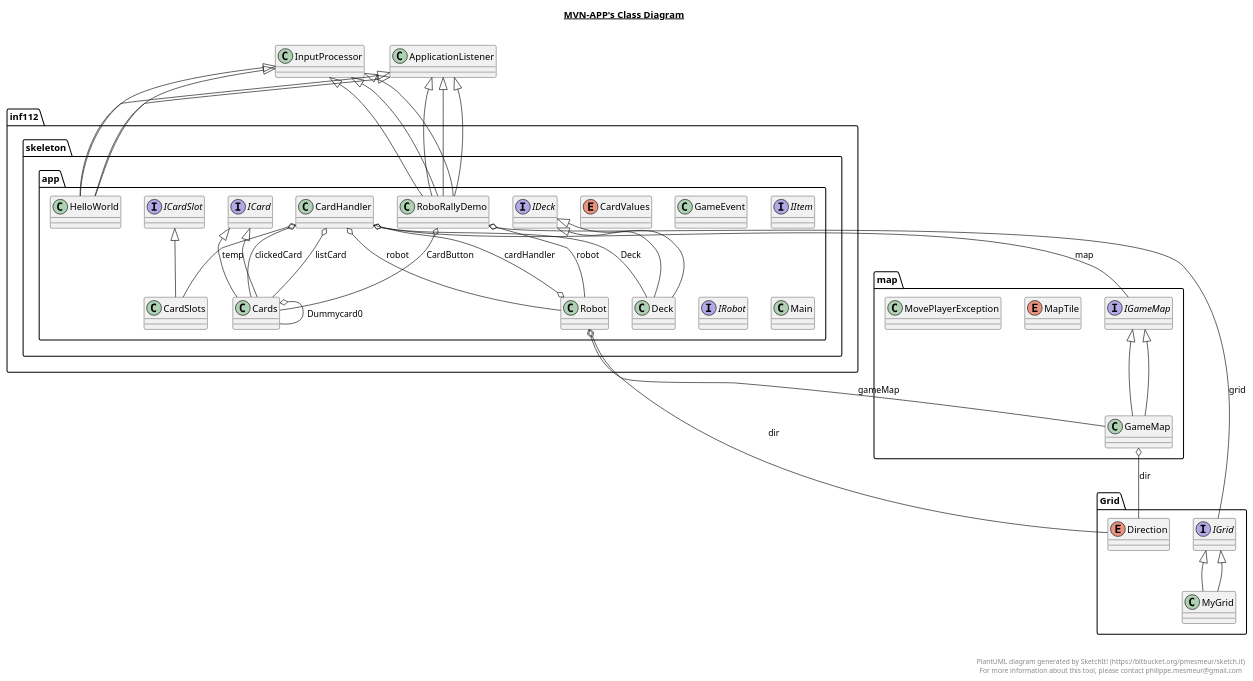
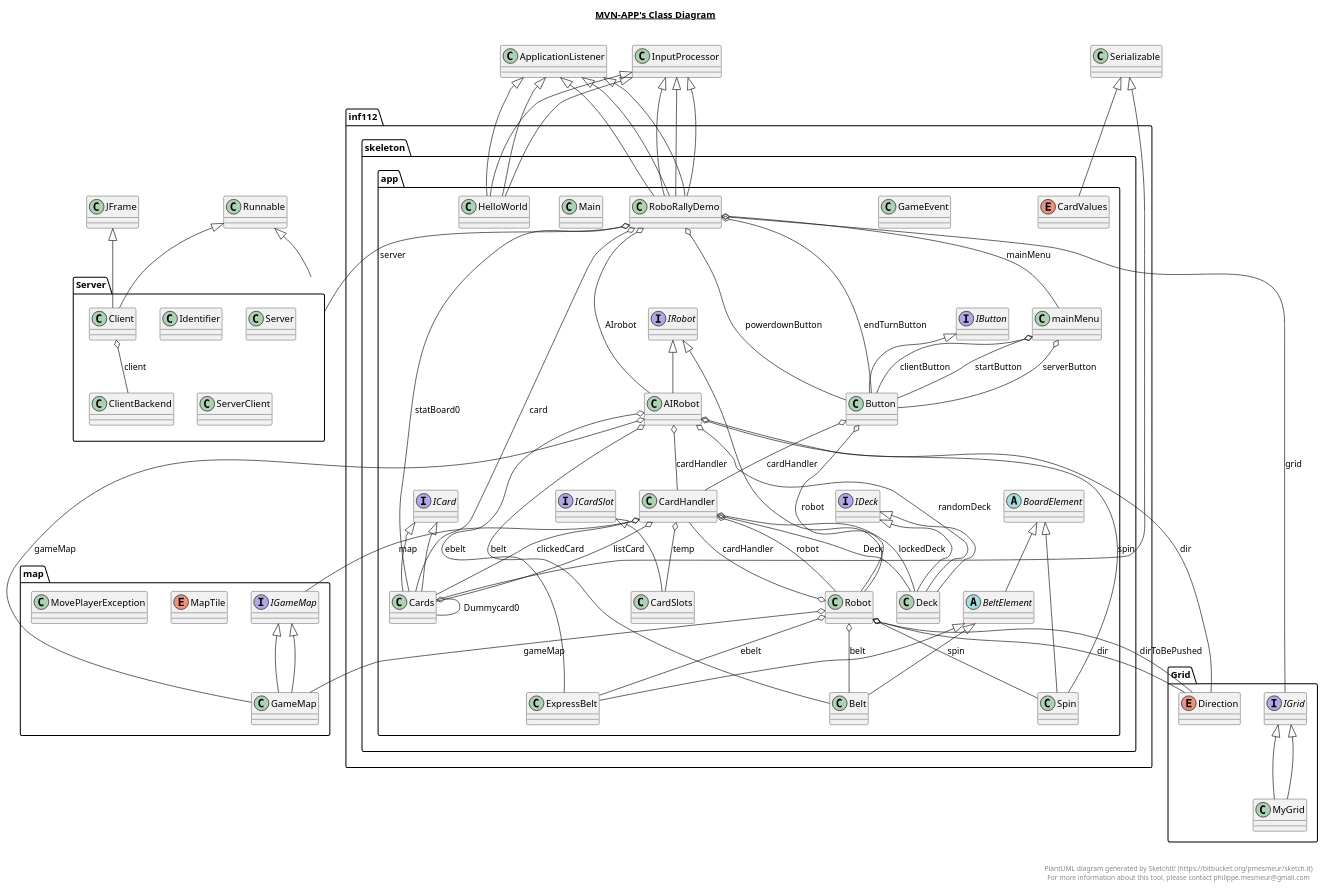
One commit to inf112-v19/Thebadguys changed the diagram in Thebadguys.plantuml. Above: the diagram before and after it, drawn with PlantUML. The commit also changed 24 other files, not shown here.

```diff
--- a/Thebadguys.plantuml
+++ b/Thebadguys.plantuml
@@ -1,6 +1,36 @@
 @startuml
 
 title __MVN-APP's Class Diagram__\n
+
+  package inf112.skeleton.app {
+    class AIRobot {
+    }
+  }
+  
+
+  package inf112.skeleton.app {
+    class Belt {
+    }
+  }
+  
+
+  package inf112.skeleton.app {
+    abstract class BeltElement {
+    }
+  }
+  
+
+  package inf112.skeleton.app {
+    abstract class BoardElement {
+    }
+  }
+  
+
+  package inf112.skeleton.app {
+    class Button {
+    }
+  }
+  
 
   package inf112.skeleton.app {
     class CardHandler {
@@ -44,6 +74,18 @@
   }
   
 
+  package Server {
+    class Client {
+    }
+  }
+  
+
+  package Server {
+    class ClientBackend {
+    }
+  }
+  
+
   package inf112.skeleton.app {
     class Deck {
     }
@@ -64,6 +106,12 @@
 
   package Grid {
     enum Direction {
+    }
+  }
+  
+
+  package inf112.skeleton.app {
+    class ExpressBelt {
     }
   }
   
@@ -94,6 +142,12 @@
 
   package inf112.skeleton.app {
     class HelloWorld {
+    }
+  }
+  
+
+  package inf112.skeleton.app {
+    interface IButton {
     }
   }
   
@@ -153,7 +207,7 @@
   
 
   package inf112.skeleton.app {
-    interface IItem {
+    interface IRobot {
     }
   }
   
@@ -164,8 +218,8 @@
   }
   
 
-  package inf112.skeleton.app {
-    interface IRobot {
+  package Server {
+    class Identifier {
     }
   }
   
@@ -260,21 +314,64 @@
   }
   
 
+  package Server {
+    class Server {
+    }
+  }
+  
+
+  package Server {
+    class ServerClient {
+    }
+  }
+  
+
+  package inf112.skeleton.app {
+    class Spin {
+    }
+  }
+  
+
+  package inf112.skeleton.app {
+    class mainMenu {
+    }
+  }
+  
+
+  AIRobot -up-|> IRobot
+  AIRobot o-- CardHandler : cardHandler
+  AIRobot o-- Direction : dir
+  AIRobot o-- GameMap : gameMap
+  AIRobot o-- Deck : randomDeck
+  AIRobot o-- ExpressBelt : ebelt
+  AIRobot o-- Belt : belt
+  AIRobot o-- Spin : spin
+  Belt -up-|> BeltElement
+  BeltElement -up-|> BoardElement
+  Button -up-|> IButton
+  Button o-- CardHandler : cardHandler
+  Button o-- Robot : robot
   CardHandler o-- Deck : Deck
+  CardHandler o-- Deck : lockedDeck
   CardHandler o-- Cards : clickedCard
   CardHandler o-- Cards : listCard
   CardHandler o-- CardSlots : temp
   CardHandler o-- Robot : robot
   CardHandler o-- IGameMap : map
   CardSlots -up-|> ICardSlot
-  Cards -up-|> ICard
+  CardValues -up-|> Serializable
   Cards -up-|> ICard
   Cards o-- Cards : Dummycard0
+  Cards -up-|> ICard
+  Cards -up-|> Serializable
+  Client -up-|> Runnable
+  Client -up-|> JFrame
+  Client o-- ClientBackend : client
   Deck -up-|> IDeck
   Deck -up-|> IDeck
+  ExpressBelt -up-|> BeltElement
   GameMap -up-|> IGameMap
   GameMap -up-|> IGameMap
-  GameMap o-- Direction : dir
   HelloWorld -up-|> ApplicationListener
   HelloWorld -up-|> InputProcessor
   HelloWorld -up-|> ApplicationListener
@@ -283,16 +380,31 @@
   MyGrid -up-|> IGrid
   RoboRallyDemo -up-|> ApplicationListener
   RoboRallyDemo -up-|> InputProcessor
-  RoboRallyDemo o-- Cards : CardButton
-  RoboRallyDemo o-- Robot : robot
-  RoboRallyDemo o-- IGrid : grid
   RoboRallyDemo -up-|> ApplicationListener
   RoboRallyDemo -up-|> InputProcessor
   RoboRallyDemo -up-|> ApplicationListener
   RoboRallyDemo -up-|> InputProcessor
+  RoboRallyDemo o-- Button : endTurnButton
+  RoboRallyDemo o-- Button : powerdownButton
+  RoboRallyDemo o-- AIRobot : AIrobot
+  RoboRallyDemo o-- Cards : statBoard0
+  RoboRallyDemo o-- Cards : card
+  RoboRallyDemo o-- mainMenu : mainMenu
+  RoboRallyDemo o-- IGrid : grid
+  RoboRallyDemo o-- Server : server
+  Robot -up-|> IRobot
   Robot o-- CardHandler : cardHandler
   Robot o-- Direction : dir
   Robot o-- GameMap : gameMap
+  Robot o-- ExpressBelt : ebelt
+  Robot o-- Belt : belt
+  Robot o-- Spin : spin
+  Robot o-- Direction : dirToBePushed
+  Server -up-|> Runnable
+  Spin -up-|> BoardElement
+  mainMenu o-- Button : serverButton
+  mainMenu o-- Button : clientButton
+  mainMenu o-- Button : startButton
 
 
 right footer
```
